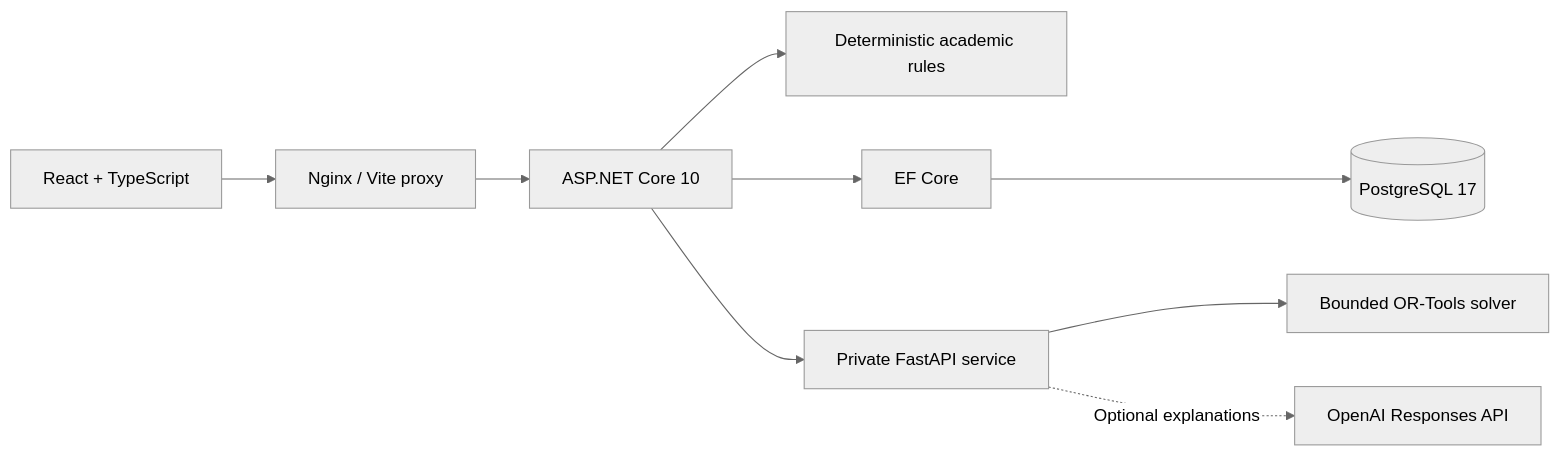
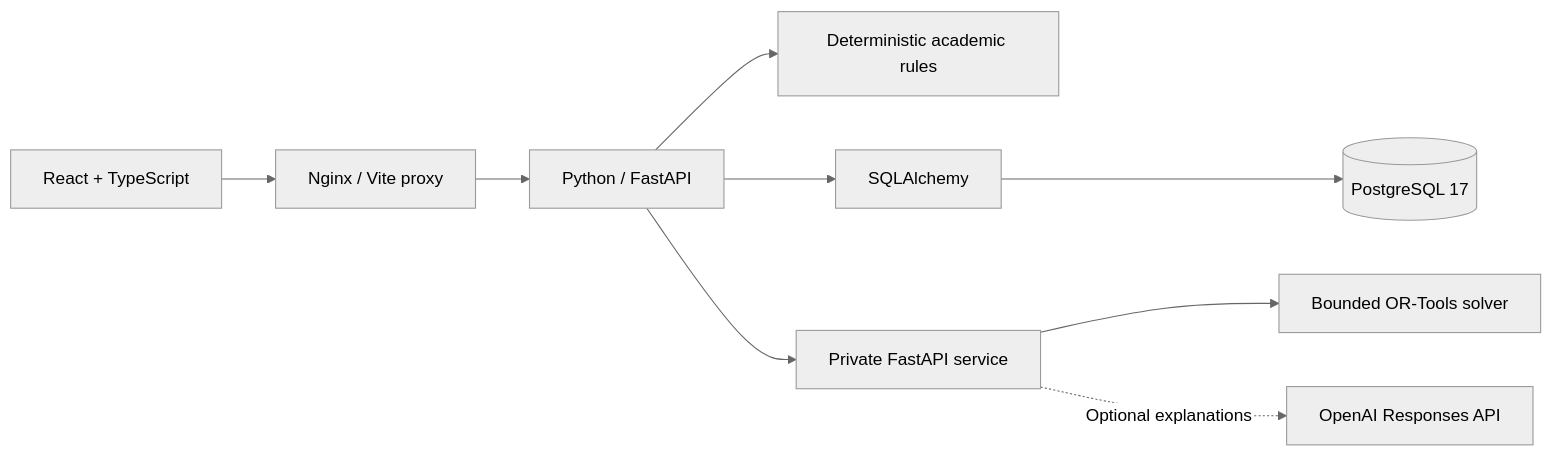
One commit to SShiwako15/DegreePilot-AI changed the diagram in README.md. Above: the diagram before and after it, drawn with Mermaid (neutral theme). The commit also changed other lines of this file and 106 other files, not shown here.

````diff
--- a/README.md
+++ b/README.md
@@ -39,11 +28,11 @@
 ```mermaid
 flowchart LR
   Browser[React + TypeScript] --> Web[Nginx / Vite proxy]
-  Web --> API[ASP.NET Core 10]
+  Web --> API[Python / FastAPI]
   API --> Domain[Deterministic academic rules]
-  API --> EF[EF Core]
-  EF --> PG[(PostgreSQL 17)]
+  API --> ORM[SQLAlchemy]
+  ORM --> PG[(PostgreSQL 17)]
   API --> Planner[Private FastAPI service]
   Planner --> Solver[Bounded OR-Tools solver]
   Planner -. Optional explanations .-> OpenAI[OpenAI Responses API]
 ```
````
